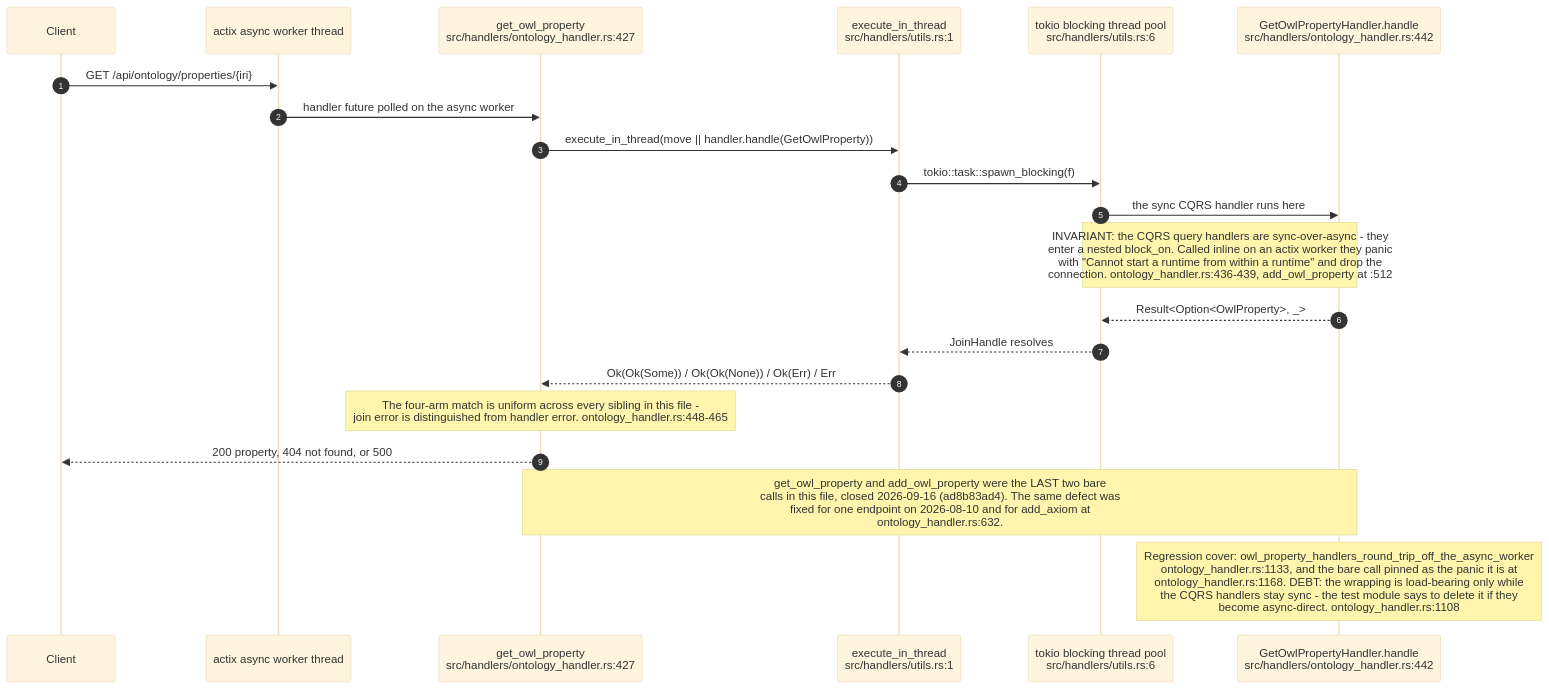
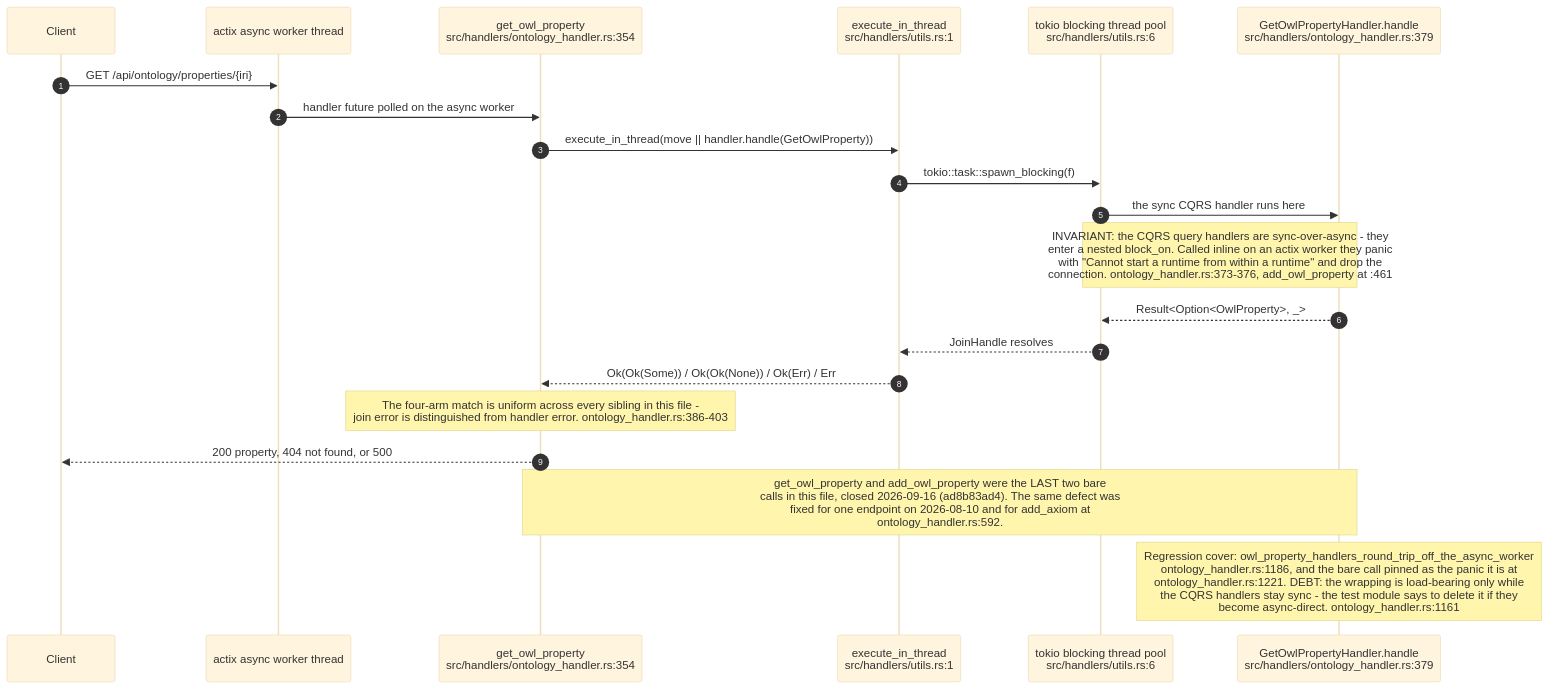
One commit to DreamLab-AI/VisionFlow changed the ninth of 12 diagrams in docs/diagrams/visionclaw/20-ontology-pipeline-oxigraph-whelk.md. Above: the diagram before and after it, drawn with Mermaid (base theme). The commit also changed other lines of this file and 46 other files, not shown here.

Commit message:
docs(diagrams): re-verify VisionClaw topics at 809a859aa/a950f4d80 after the consolidation pass

````diff
--- a/docs/diagrams/visionclaw/20-ontology-pipeline-oxigraph-whelk.md
+++ b/docs/diagrams/visionclaw/20-ontology-pipeline-oxigraph-whelk.md
@@ -359,24 +364,24 @@
 ```mermaid
 sequenceDiagram
     autonumber
     participant CL as Client
     participant AW as actix async worker thread
-    participant H as get_owl_property<br/>src/handlers/ontology_handler.rs:427
+    participant H as get_owl_property<br/>src/handlers/ontology_handler.rs:354
     participant EX as execute_in_thread<br/>src/handlers/utils.rs:1
     participant BT as tokio blocking thread pool<br/>src/handlers/utils.rs:6
-    participant QH as GetOwlPropertyHandler.handle<br/>src/handlers/ontology_handler.rs:442
+    participant QH as GetOwlPropertyHandler.handle<br/>src/handlers/ontology_handler.rs:379
 
     CL->>AW: GET /api/ontology/properties/{iri}
     AW->>H: handler future polled on the async worker
     H->>EX: execute_in_thread(move || handler.handle(GetOwlProperty))
     EX->>BT: tokio::task::spawn_blocking(f)
     BT->>QH: the sync CQRS handler runs here
-    Note over BT,QH: INVARIANT: the CQRS query handlers are sync-over-async - they<br/>enter a nested block_on. Called inline on an actix worker they panic<br/>with "Cannot start a runtime from within a runtime" and drop the<br/>connection. ontology_handler.rs:436-439, add_owl_property at :512
+    Note over BT,QH: INVARIANT: the CQRS query handlers are sync-over-async - they<br/>enter a nested block_on. Called inline on an actix worker they panic<br/>with "Cannot start a runtime from within a runtime" and drop the<br/>connection. ontology_handler.rs:373-376, add_owl_property at :461
     QH-->>BT: Result<Option<OwlProperty>, _>
     BT-->>EX: JoinHandle resolves
     EX-->>H: Ok(Ok(Some)) / Ok(Ok(None)) / Ok(Err) / Err
-    Note over H: The four-arm match is uniform across every sibling in this file -<br/>join error is distinguished from handler error. ontology_handler.rs:448-465
+    Note over H: The four-arm match is uniform across every sibling in this file -<br/>join error is distinguished from handler error. ontology_handler.rs:386-403
     H-->>CL: 200 property, 404 not found, or 500
-    Note over H,QH: get_owl_property and add_owl_property were the LAST two bare<br/>calls in this file, closed 2026-09-16 (ad8b83ad4). The same defect was<br/>fixed for one endpoint on 2026-08-10 and for add_axiom at<br/>ontology_handler.rs:632.
-    Note over QH: Regression cover: owl_property_handlers_round_trip_off_the_async_worker<br/>ontology_handler.rs:1133, and the bare call pinned as the panic it is at<br/>ontology_handler.rs:1168. DEBT: the wrapping is load-bearing only while<br/>the CQRS handlers stay sync - the test module says to delete it if they<br/>become async-direct. ontology_handler.rs:1108
+    Note over H,QH: get_owl_property and add_owl_property were the LAST two bare<br/>calls in this file, closed 2026-09-16 (ad8b83ad4). The same defect was<br/>fixed for one endpoint on 2026-08-10 and for add_axiom at<br/>ontology_handler.rs:592.
+    Note over QH: Regression cover: owl_property_handlers_round_trip_off_the_async_worker<br/>ontology_handler.rs:1186, and the bare call pinned as the panic it is at<br/>ontology_handler.rs:1221. DEBT: the wrapping is load-bearing only while<br/>the CQRS handlers stay sync - the test module says to delete it if they<br/>become async-direct. ontology_handler.rs:1161
 ```
````
